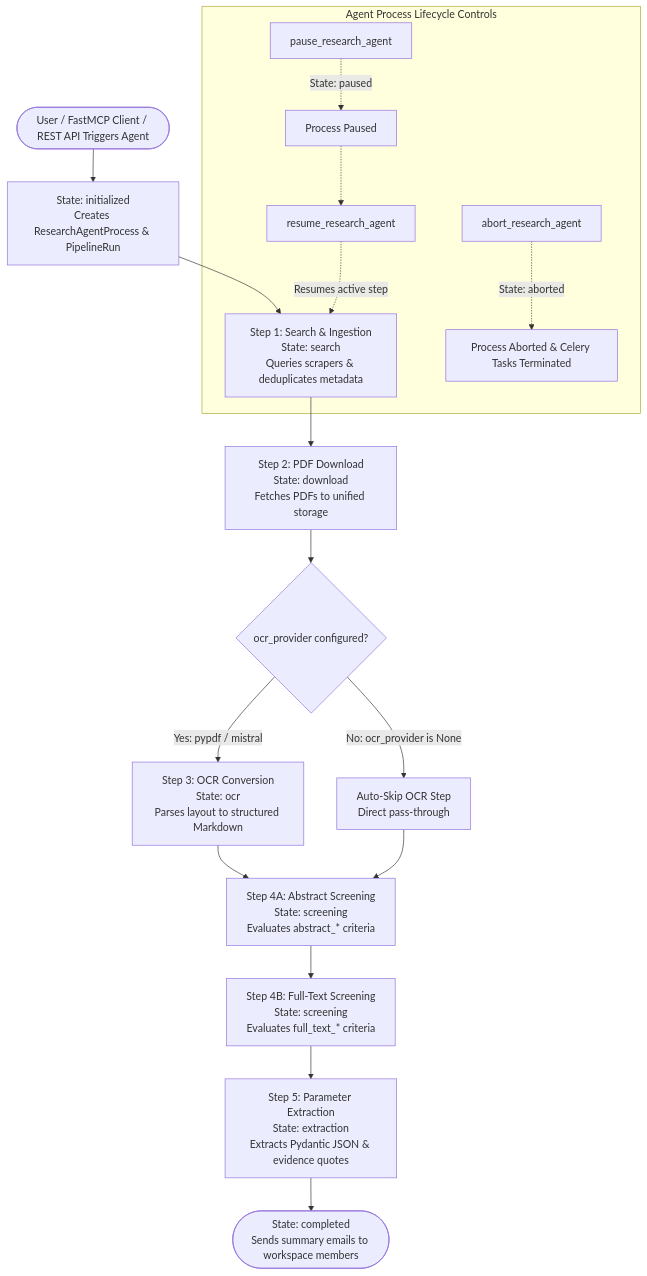
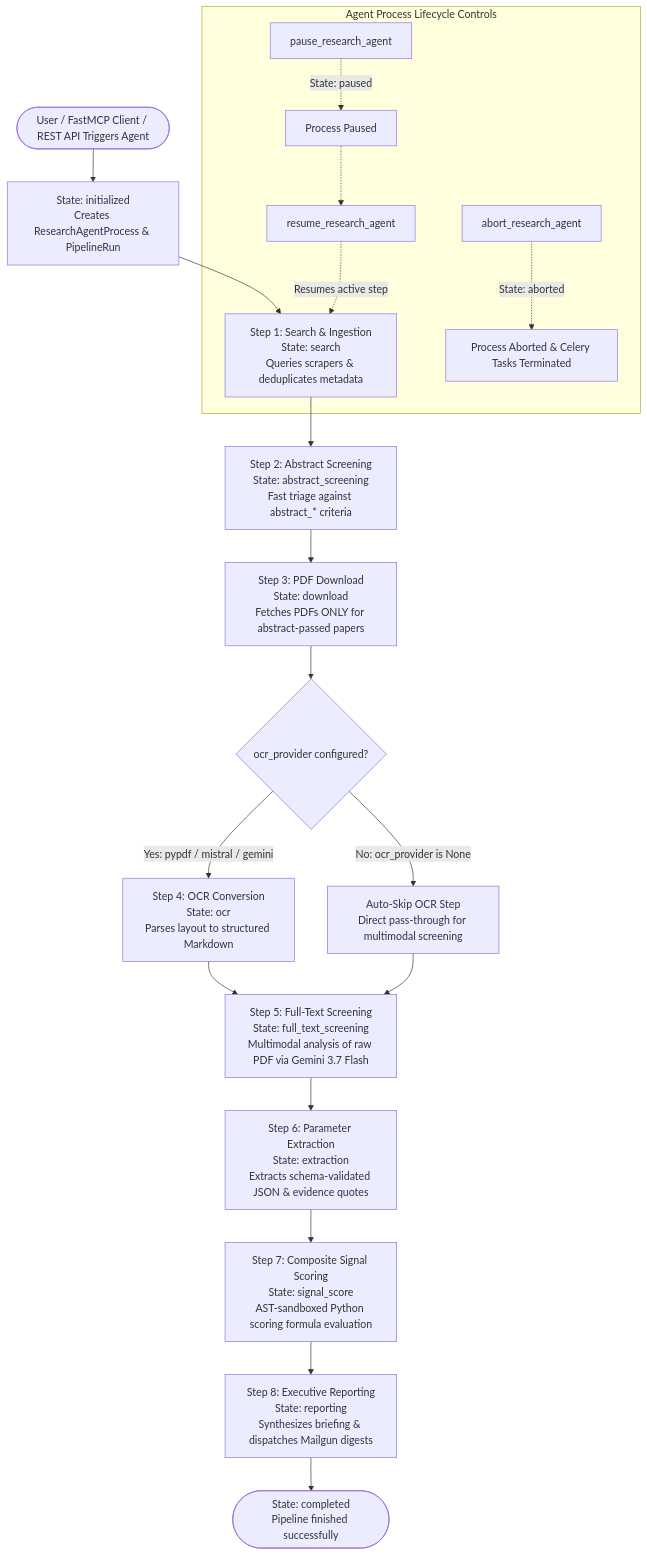
One commit to p4ku/research-intelligence changed the second of 2 diagrams in README.md. Above: the diagram before and after it, drawn with Mermaid. The commit also changed other lines of this file and 2 other files, not shown here.

Commit message:
docs: align root and backend READMEs with 8-stage SLR DAG architecture and test metrics

````diff
--- a/README.md
+++ b/README.md
@@ -49,29 +51,33 @@
 ```mermaid
 graph TD
     Start([User / FastMCP Client / REST API Triggers Agent]) --> Initialized[State: initialized<br/>Creates ResearchAgentProcess & PipelineRun]
     
     Initialized --> SearchStep[Step 1: Search & Ingestion<br/>State: search<br/>Queries scrapers & deduplicates metadata]
     
-    SearchStep --> DownloadStep[Step 2: PDF Download<br/>State: download<br/>Fetches PDFs to unified storage]
+    SearchStep --> AbstractScreening[Step 2: Abstract Screening<br/>State: abstract_screening<br/>Fast triage against abstract_* criteria]
+    
+    AbstractScreening --> DownloadStep[Step 3: PDF Download<br/>State: download<br/>Fetches PDFs ONLY for abstract-passed papers]
     
     DownloadStep --> OCRCheck{ocr_provider configured?}
     
-    OCRCheck -->|Yes: pypdf / mistral| OCRStep[Step 3: OCR Conversion<br/>State: ocr<br/>Parses layout to structured Markdown]
-    OCRCheck -->|No: ocr_provider is None| SkipOCR[Auto-Skip OCR Step<br/>Direct pass-through]
+    OCRCheck -->|Yes: pypdf / mistral / gemini| OCRStep[Step 4: OCR Conversion<br/>State: ocr<br/>Parses layout to structured Markdown]
+    OCRCheck -->|No: ocr_provider is None| SkipOCR[Auto-Skip OCR Step<br/>Direct pass-through for multimodal screening]
     
-    OCRStep --> AbstractScreening[Step 4A: Abstract Screening<br/>State: screening<br/>Evaluates abstract_* criteria]
-    SkipOCR --> AbstractScreening
+    OCRStep --> FullTextScreening[Step 5: Full-Text Screening<br/>State: full_text_screening<br/>Multimodal analysis of raw PDF via Gemini 3.7 Flash]
+    SkipOCR --> FullTextScreening
     
-    AbstractScreening --> FullTextScreening[Step 4B: Full-Text Screening<br/>State: screening<br/>Evaluates full_text_* criteria]
+    FullTextScreening --> ExtractionStep[Step 6: Parameter Extraction<br/>State: extraction<br/>Extracts schema-validated JSON & evidence quotes]
     
-    FullTextScreening --> ExtractionStep[Step 5: Parameter Extraction<br/>State: extraction<br/>Extracts Pydantic JSON & evidence quotes]
+    ExtractionStep --> SignalScoreStep[Step 7: Composite Signal Scoring<br/>State: signal_score<br/>AST-sandboxed Python scoring formula evaluation]
     
-    ExtractionStep --> Completed([State: completed<br/>Sends summary emails to workspace members])
+    SignalScoreStep --> ReportingStep[Step 8: Executive Reporting<br/>State: reporting<br/>Synthesizes briefing & dispatches Mailgun digests]
+    
+    ReportingStep --> Completed([State: completed<br/>Pipeline finished successfully])
     
     subgraph Controls ["Agent Process Lifecycle Controls"]
         PauseCommand[pause_research_agent] -.->|State: paused| AgentPaused[Process Paused]
         AgentPaused -.-> ResumeCommand[resume_research_agent]
         ResumeCommand -.->|Resumes active step| SearchStep
         AbortCommand[abort_research_agent] -.->|State: aborted| AgentAborted[Process Aborted & Celery Tasks Terminated]
     end
 ```
````
